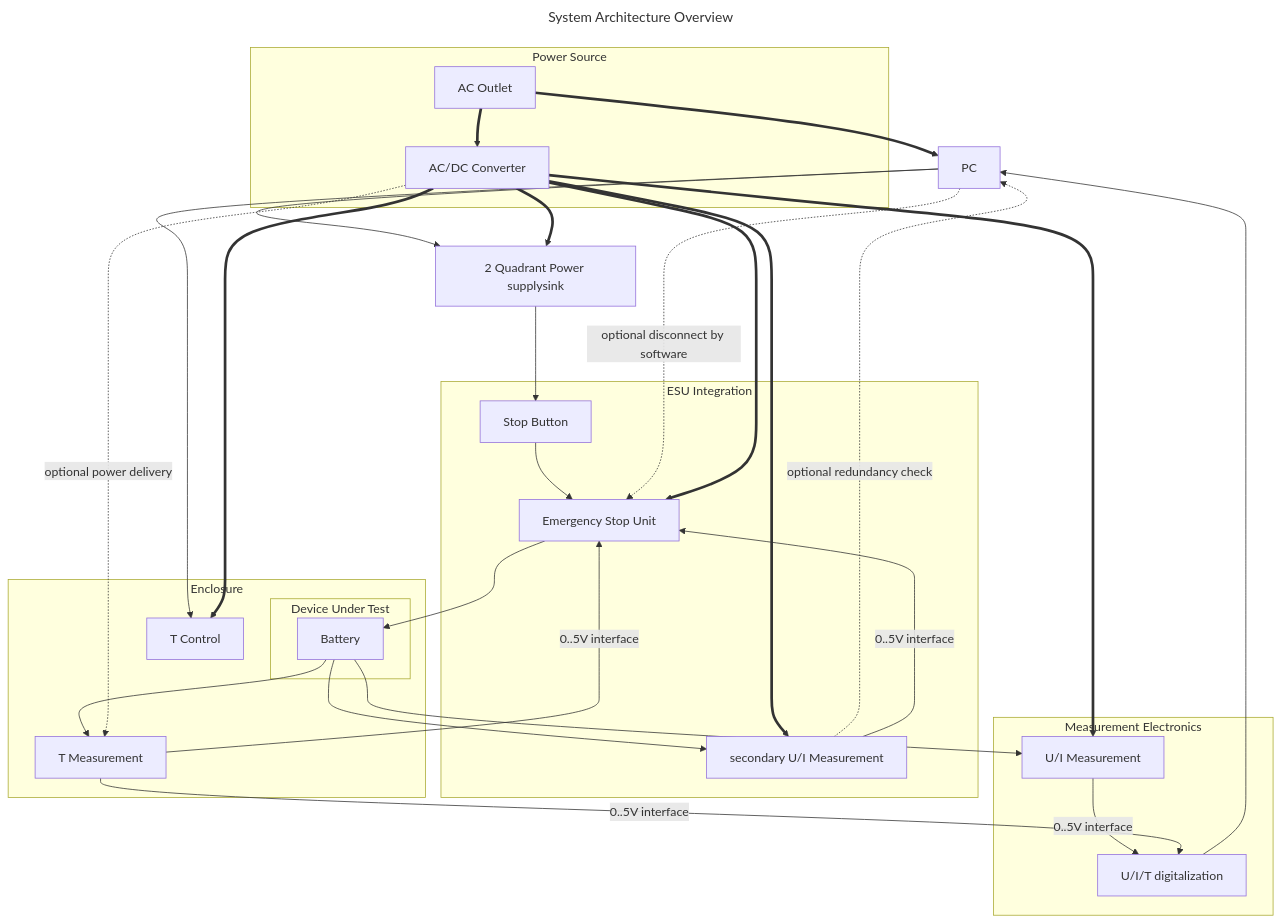
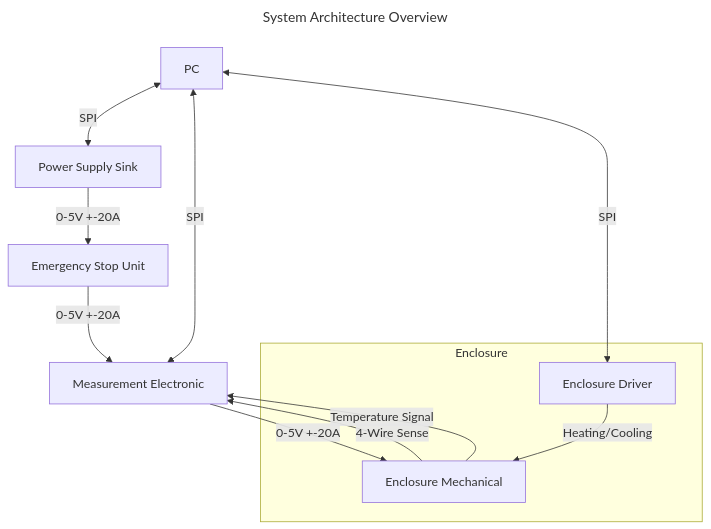
Before and after one commit to pascalguttmann/obat: the diagram in docs/design/overview.md, drawn with Mermaid. The commit also changed other lines of this file and 10 other files, not shown here.

Commit message:
add design overview images and simplify block diagram

````diff
--- a/docs/design/overview.md
+++ b/docs/design/overview.md
@@ -5,58 +9,24 @@
 ```mermaid
 ---
 title: System Architecture Overview
 ---
 flowchart TD
     pc[PC]
 
-    pss-internal[2 Quadrant Power supplysink]
+    pss[Power Supply Sink]
 
-    subgraph sub-esu [ESU Integration]
-        stop-button[Stop Button]
-        esu[Emergency Stop Unit]
-        measurement2[secondary U/I Measurement]
+    esu[Emergency Stop Unit]
+
+    meas[Measurement Electronic]
+
+    subgraph enclosure [Enclosure]
+        enclosure_electronical[Enclosure Driver]
+        enclosure_mechanical[Enclosure Mechanical]
     end
 
-    subgraph sub-meas [Measurement Electronics]
-        measurement[U/I Measurement]
-        meas[U/I/T digitalization]
-    end
-
-    subgraph sub-enclosure [Enclosure]
-        measurement_T[T Measurement]
-        control_T[T Control]
-        subgraph sub-dut [Device Under Test]
-            bat[Battery]
-        end
-    end
-
-    subgraph sub-supply [Power Source]
-        ac-outlet[AC Outlet]
-        acdc-conv[AC/DC Converter]
-    end
-
-    pc --> pss-internal
-    pss-internal --> stop-button
-    stop-button --> esu
-    esu --> bat
-    bat --> measurement
-    bat --> measurement2
-    bat --> measurement_T
-    measurement2 -. optional redundancy check .-> pc
-    meas --> pc
-    pc -. optional disconnect by software .-> esu
-    pc --> control_T
-
-    measurement -- 0..5V interface --> meas
-    measurement_T -- 0..5V interface --> meas
-    measurement_T -- 0..5V interface --> esu
-    measurement2 -- 0..5V interface --> esu
-
-    ac-outlet ==> pc & acdc-conv
-    acdc-conv ==> pss-internal
-    acdc-conv ==> esu
-    acdc-conv ==> measurement
-    acdc-conv ==> measurement2
-    acdc-conv ==> control_T
-    acdc-conv -. optional power delivery .-> measurement_T
+    pc <-->|SPI| pss & meas & enclosure_electronical
+    pss -->|0-5V +-20A| esu -->|0-5V +-20A| meas -->|0-5V +-20A| enclosure_mechanical
+    enclosure_mechanical --> |4-Wire Sense| meas
+    enclosure_mechanical --> |Temperature Signal| meas
+    enclosure_electronical -->|Heating/Cooling| enclosure_mechanical
 ```
````
